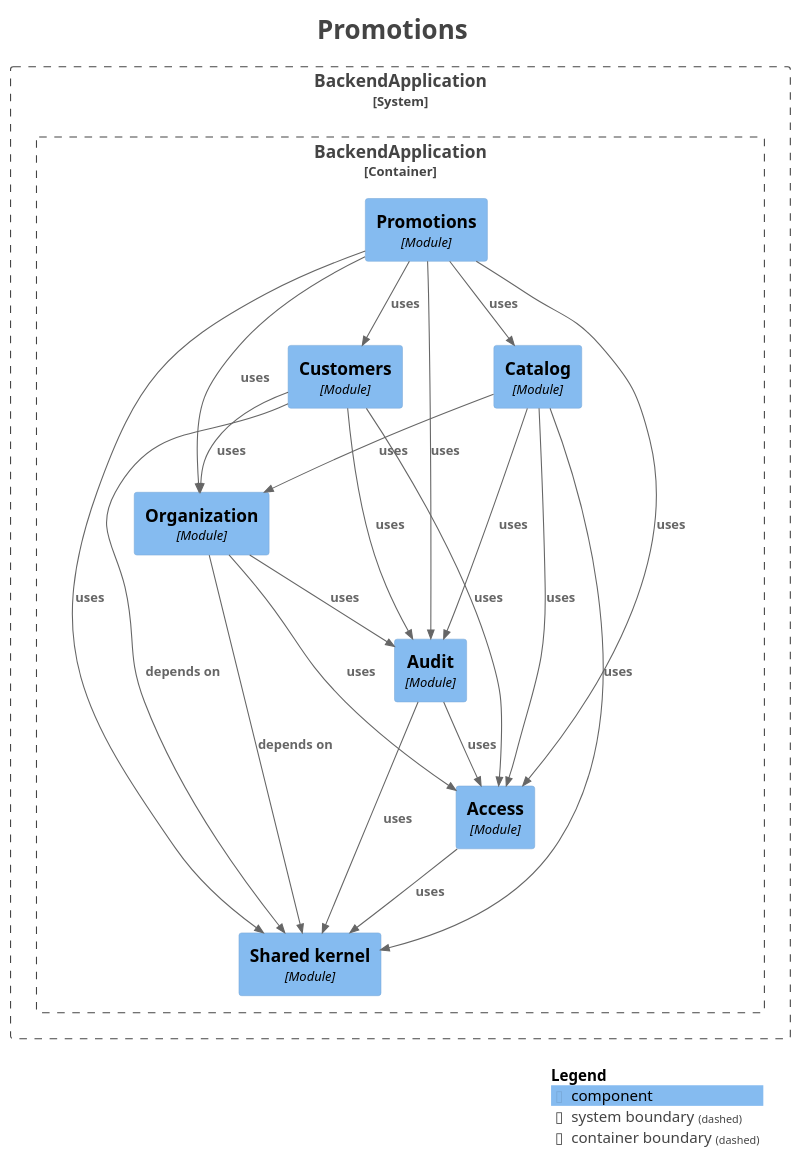
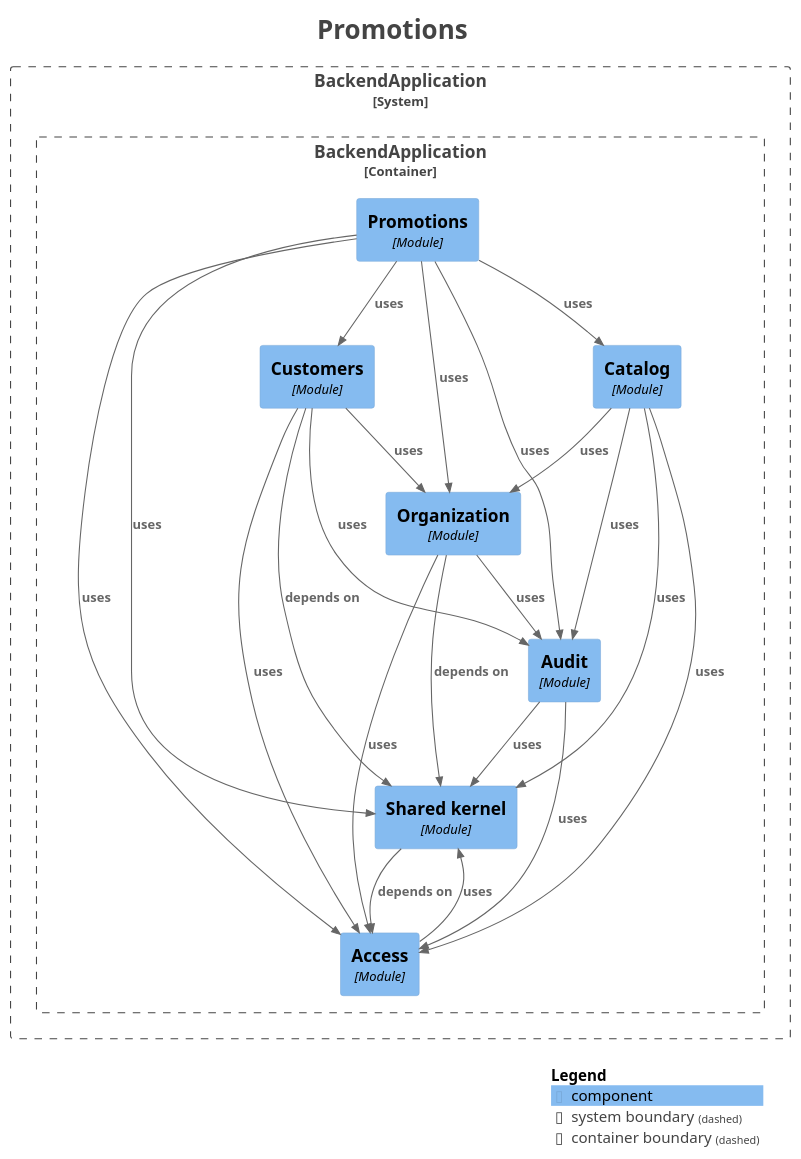
One commit to fxavier/restaurantePRO changed the diagram in docs/architecture/modules/module-promotions.puml. Above: the diagram before and after it, drawn with PlantUML. The commit also changed 33 other files, not shown here.

```diff
--- a/docs/architecture/modules/module-promotions.puml
+++ b/docs/architecture/modules/module-promotions.puml
@@ -1,54 +1,55 @@
 @startuml
 title <size:24>Promotions</size>
 
 set separator none
 top to bottom direction
 
 <style>
   root {
     BackgroundColor: #ffffff
     FontColor: #444444
   }
 </style>
 
 !include <C4/C4>
 !include <C4/C4_Context>
 !include <C4/C4_Component>
 
 System_Boundary("BackendApplication_boundary", "BackendApplication", $tags="") {
   Container_Boundary("BackendApplication.BackendApplication_boundary", "BackendApplication", $tags="") {
+    Component(BackendApplication.BackendApplication.Organization, "Organization", $techn="Module", $descr="", $tags="", $link="")
     Component(BackendApplication.BackendApplication.Promotions, "Promotions", $techn="Module", $descr="", $tags="", $link="")
     Component(BackendApplication.BackendApplication.Sharedkernel, "Shared kernel", $techn="Module", $descr="", $tags="", $link="")
     Component(BackendApplication.BackendApplication.Access, "Access", $techn="Module", $descr="", $tags="", $link="")
     Component(BackendApplication.BackendApplication.Audit, "Audit", $techn="Module", $descr="", $tags="", $link="")
-    Component(BackendApplication.BackendApplication.Organization, "Organization", $techn="Module", $descr="", $tags="", $link="")
     Component(BackendApplication.BackendApplication.Catalog, "Catalog", $techn="Module", $descr="", $tags="", $link="")
     Component(BackendApplication.BackendApplication.Customers, "Customers", $techn="Module", $descr="", $tags="", $link="")
   }
 
 }
 
+Rel(BackendApplication.BackendApplication.Sharedkernel, BackendApplication.BackendApplication.Access, "depends on", $techn="", $tags="", $link="")
 Rel(BackendApplication.BackendApplication.Catalog, BackendApplication.BackendApplication.Access, "uses", $techn="", $tags="", $link="")
 Rel(BackendApplication.BackendApplication.Catalog, BackendApplication.BackendApplication.Sharedkernel, "uses", $techn="", $tags="", $link="")
 Rel(BackendApplication.BackendApplication.Catalog, BackendApplication.BackendApplication.Audit, "uses", $techn="", $tags="", $link="")
 Rel(BackendApplication.BackendApplication.Catalog, BackendApplication.BackendApplication.Organization, "uses", $techn="", $tags="", $link="")
-Rel(BackendApplication.BackendApplication.Organization, BackendApplication.BackendApplication.Sharedkernel, "depends on", $techn="", $tags="", $link="")
-Rel(BackendApplication.BackendApplication.Organization, BackendApplication.BackendApplication.Audit, "uses", $techn="", $tags="", $link="")
-Rel(BackendApplication.BackendApplication.Organization, BackendApplication.BackendApplication.Access, "uses", $techn="", $tags="", $link="")
-Rel(BackendApplication.BackendApplication.Audit, BackendApplication.BackendApplication.Access, "uses", $techn="", $tags="", $link="")
-Rel(BackendApplication.BackendApplication.Audit, BackendApplication.BackendApplication.Sharedkernel, "uses", $techn="", $tags="", $link="")
 Rel(BackendApplication.BackendApplication.Promotions, BackendApplication.BackendApplication.Organization, "uses", $techn="", $tags="", $link="")
 Rel(BackendApplication.BackendApplication.Promotions, BackendApplication.BackendApplication.Access, "uses", $techn="", $tags="", $link="")
 Rel(BackendApplication.BackendApplication.Promotions, BackendApplication.BackendApplication.Customers, "uses", $techn="", $tags="", $link="")
 Rel(BackendApplication.BackendApplication.Promotions, BackendApplication.BackendApplication.Audit, "uses", $techn="", $tags="", $link="")
 Rel(BackendApplication.BackendApplication.Promotions, BackendApplication.BackendApplication.Sharedkernel, "uses", $techn="", $tags="", $link="")
 Rel(BackendApplication.BackendApplication.Promotions, BackendApplication.BackendApplication.Catalog, "uses", $techn="", $tags="", $link="")
+Rel(BackendApplication.BackendApplication.Organization, BackendApplication.BackendApplication.Sharedkernel, "depends on", $techn="", $tags="", $link="")
+Rel(BackendApplication.BackendApplication.Organization, BackendApplication.BackendApplication.Audit, "uses", $techn="", $tags="", $link="")
+Rel(BackendApplication.BackendApplication.Organization, BackendApplication.BackendApplication.Access, "uses", $techn="", $tags="", $link="")
 Rel(BackendApplication.BackendApplication.Access, BackendApplication.BackendApplication.Sharedkernel, "uses", $techn="", $tags="", $link="")
 Rel(BackendApplication.BackendApplication.Customers, BackendApplication.BackendApplication.Sharedkernel, "depends on", $techn="", $tags="", $link="")
 Rel(BackendApplication.BackendApplication.Customers, BackendApplication.BackendApplication.Access, "uses", $techn="", $tags="", $link="")
 Rel(BackendApplication.BackendApplication.Customers, BackendApplication.BackendApplication.Organization, "uses", $techn="", $tags="", $link="")
 Rel(BackendApplication.BackendApplication.Customers, BackendApplication.BackendApplication.Audit, "uses", $techn="", $tags="", $link="")
+Rel(BackendApplication.BackendApplication.Audit, BackendApplication.BackendApplication.Access, "uses", $techn="", $tags="", $link="")
+Rel(BackendApplication.BackendApplication.Audit, BackendApplication.BackendApplication.Sharedkernel, "uses", $techn="", $tags="", $link="")
 
 SHOW_LEGEND(true)
 hide stereotypes
 @enduml
```
